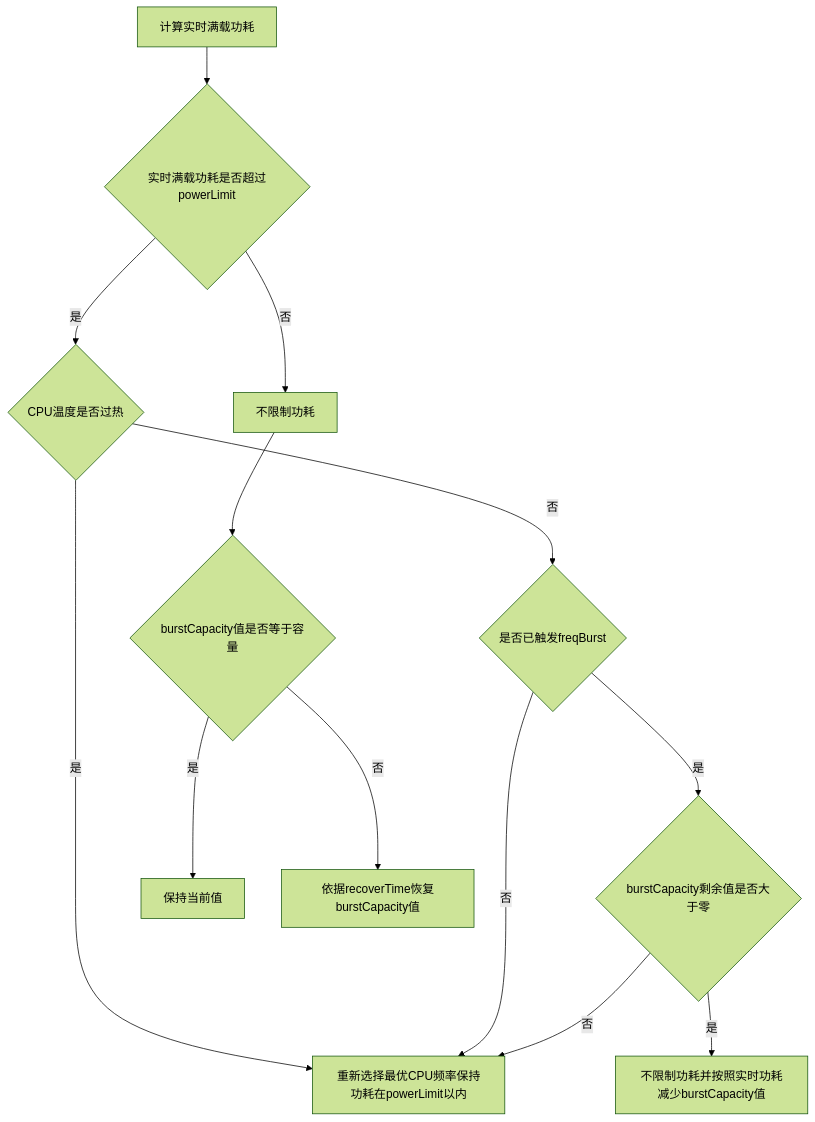
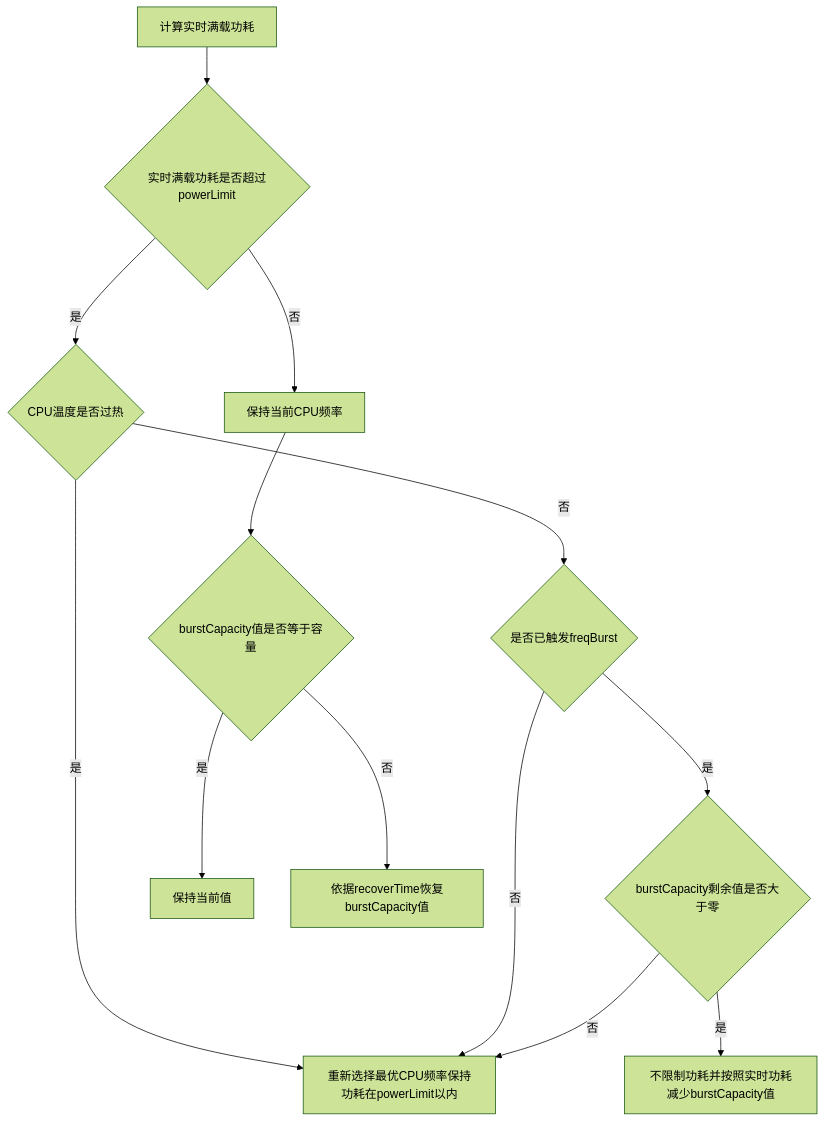
Before and after one commit to chenzyadb/CuprumTurbo-Scheduler: the diagram in docs/config_dev_helper.md, drawn with Mermaid (forest theme). The commit also changed other lines of this file, not shown here.

````diff
--- a/docs/config_dev_helper.md
+++ b/docs/config_dev_helper.md
@@ -56,17 +57,17 @@
 ```mermaid
     
 graph TB
     A["计算实时满载功耗"] --> B{"实时满载功耗是否超过powerLimit"}
     B --> |"是"| C{"CPU温度是否过热"}
-    B --> |"否"| D["不限制功耗"]
+    B --> |"否"| D["保持当前CPU频率"]
     C --> |"是"| E["重新选择最优CPU频率保持功耗在powerLimit以内"]
     C --> |"否"| F{"是否已触发freqBurst"}
     F -->|"是"| G{"burstCapacity剩余值是否大于零"}
     F -->|"否"| E
     G -->|"是"| H["不限制功耗并按照实时功耗减少burstCapacity值"]
     G -->|"否"| E
     D --> I{"burstCapacity值是否等于容量"}
     I -->|"是"| J["保持当前值"]
     I -->|"否"| K["依据recoverTime恢复burstCapacity值"]
 
 ```
````
